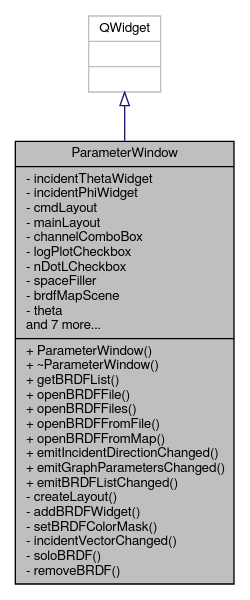
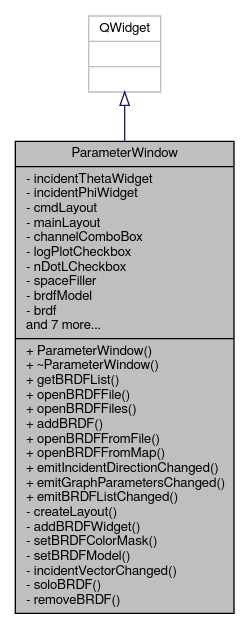
The diagram in docs/class_parameter_window__coll__graph.dot (bsella/brdf), drawn with Graphviz before and after one commit. The commit also changed 461 other files, not shown here.

```diff
--- a/docs/class_parameter_window__coll__graph.dot
+++ b/docs/class_parameter_window__coll__graph.dot
@@ -1,9 +1,9 @@
 digraph "ParameterWindow"
 {
  // LATEX_PDF_SIZE
   edge [fontname="FreeSans",fontsize="10",labelfontname="FreeSans",labelfontsize="10"];
   node [fontname="FreeSans",fontsize="10",shape=record];
-  Node2 [label="{ParameterWindow\n|- incidentThetaWidget\l- incidentPhiWidget\l- cmdLayout\l- mainLayout\l- channelComboBox\l- logPlotCheckbox\l- nDotLCheckbox\l- spaceFiller\l- brdfMapScene\l- theta\land 7 more...\l|+ ParameterWindow()\l+ ~ParameterWindow()\l+ getBRDFList()\l+ openBRDFFile()\l+ openBRDFFiles()\l+ openBRDFFromFile()\l+ openBRDFFromMap()\l+ emitIncidentDirectionChanged()\l+ emitGraphParametersChanged()\l+ emitBRDFListChanged()\l- createLayout()\l- addBRDFWidget()\l- setBRDFColorMask()\l- incidentVectorChanged()\l- soloBRDF()\l- removeBRDF()\l}",height=0.2,width=0.4,color="black", fillcolor="grey75", style="filled", fontcolor="black",tooltip=" "];
+  Node2 [label="{ParameterWindow\n|- incidentThetaWidget\l- incidentPhiWidget\l- cmdLayout\l- mainLayout\l- channelComboBox\l- logPlotCheckbox\l- nDotLCheckbox\l- spaceFiller\l- brdfModel\l- brdf\land 7 more...\l|+ ParameterWindow()\l+ ~ParameterWindow()\l+ getBRDFList()\l+ openBRDFFile()\l+ openBRDFFiles()\l+ addBRDF()\l+ openBRDFFromFile()\l+ openBRDFFromMap()\l+ emitIncidentDirectionChanged()\l+ emitGraphParametersChanged()\l+ emitBRDFListChanged()\l- createLayout()\l- addBRDFWidget()\l- setBRDFColorMask()\l- setBRDFModel()\l- incidentVectorChanged()\l- soloBRDF()\l- removeBRDF()\l}",height=0.2,width=0.4,color="black", fillcolor="grey75", style="filled", fontcolor="black",tooltip=" "];
   Node3 -> Node2 [dir="back",color="midnightblue",fontsize="10",style="solid",arrowtail="onormal",fontname="FreeSans"];
   Node3 [label="{QWidget\n||}",height=0.2,width=0.4,color="grey75", fillcolor="white", style="filled",tooltip=" "];
 }
```
